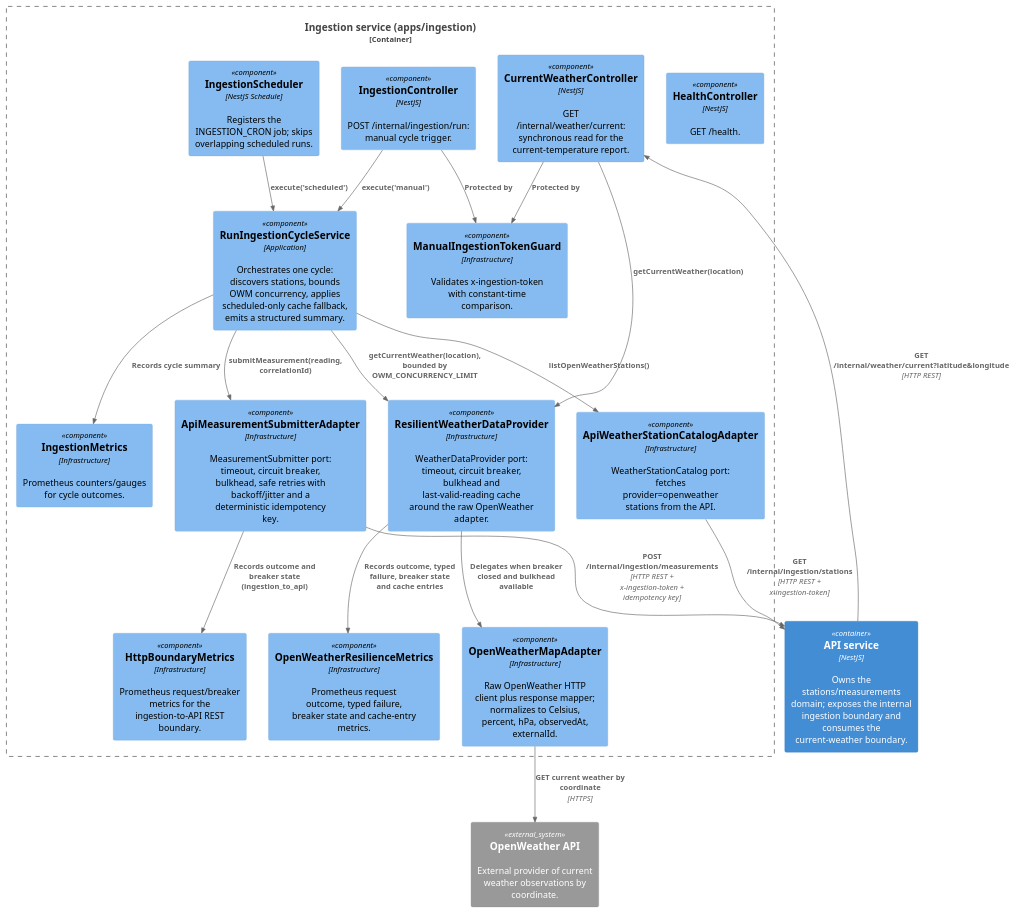
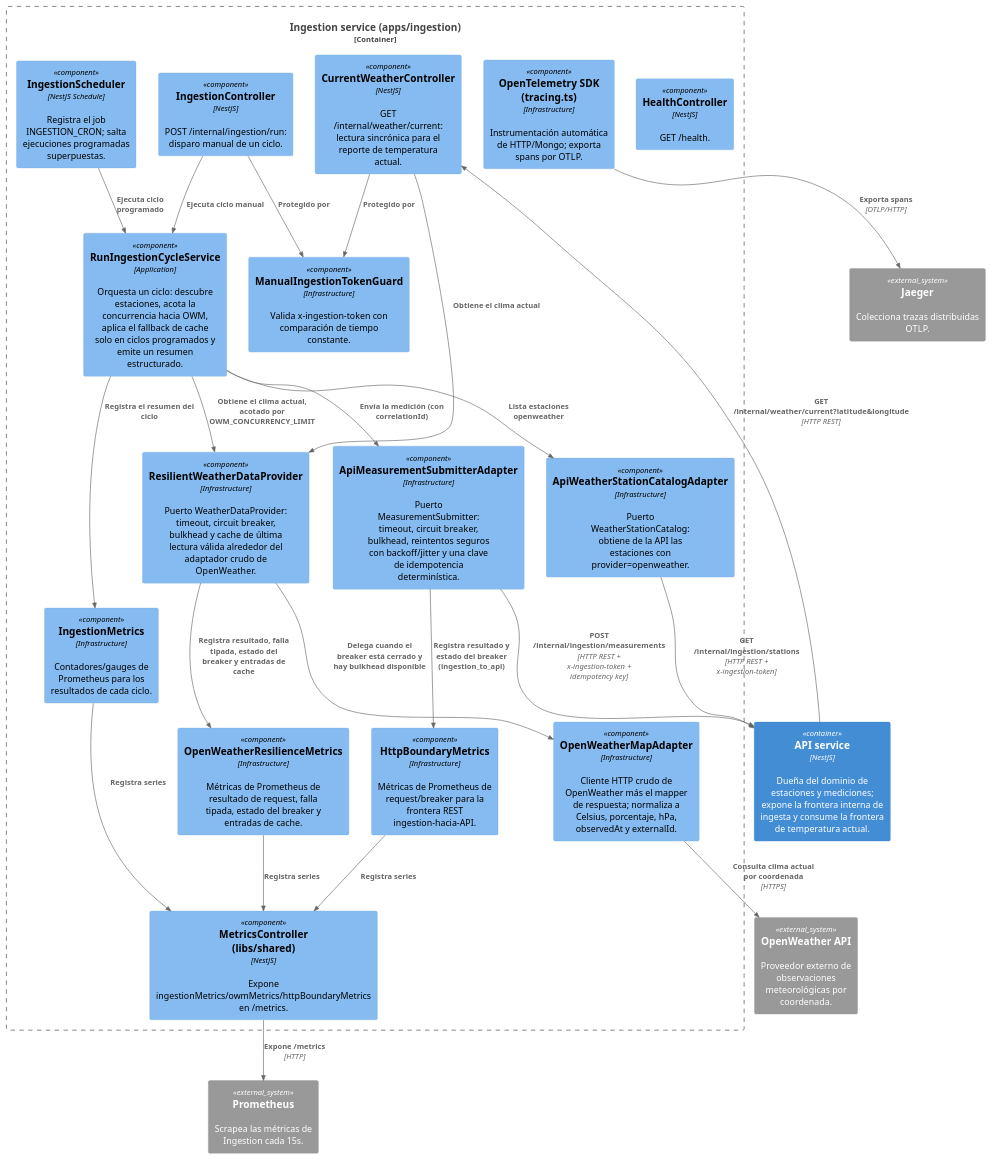
Before and after one commit to LattanzioB/WheaterFlow: the diagram in docs/architecture/c4/c4_level_3_ingestion.plantuml, drawn with PlantUML. The commit also changed 10 other files, not shown here.

Commit message:
feat(architecture): enhance C4 model documentation with detailed component descriptions and relationships

```diff
--- a/docs/architecture/c4/c4_level_3_ingestion.plantuml
+++ b/docs/architecture/c4/c4_level_3_ingestion.plantuml
@@ -1,45 +1,56 @@
 @startuml c4_level_3_ingestion
 !include https://raw.githubusercontent.com/plantuml-stdlib/C4-PlantUML/master/C4_Component.puml
 
 LAYOUT_TOP_DOWN()
 
-System_Ext(openweather, "OpenWeather API", "External provider of current weather observations by coordinate.")
-Container(api, "API service", "NestJS", "Owns the stations/measurements domain; exposes the internal ingestion boundary and consumes the current-weather boundary.")
+System_Ext(openweather, "OpenWeather API", "Proveedor externo de observaciones meteorológicas por coordenada.")
+Container(api, "API service", "NestJS", "Dueña del dominio de estaciones y mediciones; expone la frontera interna de ingesta y consume la frontera de temperatura actual.")
 
 Container_Boundary(ingestion, "Ingestion service (apps/ingestion)") {
   Component(healthController, "HealthController", "NestJS", "GET /health.")
-  Component(ingestionController, "IngestionController", "NestJS", "POST /internal/ingestion/run: manual cycle trigger.")
-  Component(currentWeatherController, "CurrentWeatherController", "NestJS", "GET /internal/weather/current: synchronous read for the current-temperature report.")
-  Component(manualGuard, "ManualIngestionTokenGuard", "Infrastructure", "Validates x-ingestion-token with constant-time comparison.")
-  Component(scheduler, "IngestionScheduler", "NestJS Schedule", "Registers the INGESTION_CRON job; skips overlapping scheduled runs.")
-  Component(cycleService, "RunIngestionCycleService", "Application", "Orchestrates one cycle: discovers stations, bounds OWM concurrency, applies scheduled-only cache fallback, emits a structured summary.")
-  Component(stationCatalogAdapter, "ApiWeatherStationCatalogAdapter", "Infrastructure", "WeatherStationCatalog port: fetches provider=openweather stations from the API.")
-  Component(resilientProvider, "ResilientWeatherDataProvider", "Infrastructure", "WeatherDataProvider port: timeout, circuit breaker, bulkhead and last-valid-reading cache around the raw OpenWeather adapter.")
-  Component(owmAdapter, "OpenWeatherMapAdapter", "Infrastructure", "Raw OpenWeather HTTP client plus response mapper; normalizes to Celsius, percent, hPa, observedAt, externalId.")
-  Component(submitterAdapter, "ApiMeasurementSubmitterAdapter", "Infrastructure", "MeasurementSubmitter port: timeout, circuit breaker, bulkhead, safe retries with backoff/jitter and a deterministic idempotency key.")
-  Component(ingestionMetrics, "IngestionMetrics", "Infrastructure", "Prometheus counters/gauges for cycle outcomes.")
-  Component(owmMetrics, "OpenWeatherResilienceMetrics", "Infrastructure", "Prometheus request outcome, typed failure, breaker state and cache-entry metrics.")
-  Component(httpBoundaryMetrics, "HttpBoundaryMetrics", "Infrastructure", "Prometheus request/breaker metrics for the ingestion-to-API REST boundary.")
+  Component(ingestionController, "IngestionController", "NestJS", "POST /internal/ingestion/run: disparo manual de un ciclo.")
+  Component(currentWeatherController, "CurrentWeatherController", "NestJS", "GET /internal/weather/current: lectura sincrónica para el reporte de temperatura actual.")
+  Component(manualGuard, "ManualIngestionTokenGuard", "Infrastructure", "Valida x-ingestion-token con comparación de tiempo constante.")
+  Component(scheduler, "IngestionScheduler", "NestJS Schedule", "Registra el job INGESTION_CRON; salta ejecuciones programadas superpuestas.")
+  Component(cycleService, "RunIngestionCycleService", "Application", "Orquesta un ciclo: descubre estaciones, acota la concurrencia hacia OWM, aplica el fallback de cache solo en ciclos programados y emite un resumen estructurado.")
+  Component(stationCatalogAdapter, "ApiWeatherStationCatalogAdapter", "Infrastructure", "Puerto WeatherStationCatalog: obtiene de la API las estaciones con provider=openweather.")
+  Component(resilientProvider, "ResilientWeatherDataProvider", "Infrastructure", "Puerto WeatherDataProvider: timeout, circuit breaker, bulkhead y cache de última lectura válida alrededor del adaptador crudo de OpenWeather.")
+  Component(owmAdapter, "OpenWeatherMapAdapter", "Infrastructure", "Cliente HTTP crudo de OpenWeather más el mapper de respuesta; normaliza a Celsius, porcentaje, hPa, observedAt y externalId.")
+  Component(submitterAdapter, "ApiMeasurementSubmitterAdapter", "Infrastructure", "Puerto MeasurementSubmitter: timeout, circuit breaker, bulkhead, reintentos seguros con backoff/jitter y una clave de idempotencia determinística.")
+  Component(ingestionMetrics, "IngestionMetrics", "Infrastructure", "Contadores/gauges de Prometheus para los resultados de cada ciclo.")
+  Component(owmMetrics, "OpenWeatherResilienceMetrics", "Infrastructure", "Métricas de Prometheus de resultado de request, falla tipada, estado del breaker y entradas de cache.")
+  Component(httpBoundaryMetrics, "HttpBoundaryMetrics", "Infrastructure", "Métricas de Prometheus de request/breaker para la frontera REST ingestion-hacia-API.")
+  Component(metricsController, "MetricsController (libs/shared)", "NestJS", "Expone ingestionMetrics/owmMetrics/httpBoundaryMetrics en /metrics.")
+  Component(tracingInstrumentation, "OpenTelemetry SDK (tracing.ts)", "Infrastructure", "Instrumentación automática de HTTP/Mongo; exporta spans por OTLP.")
 }
 
-Rel(scheduler, cycleService, "execute('scheduled')")
-Rel(ingestionController, manualGuard, "Protected by")
-Rel(ingestionController, cycleService, "execute('manual')")
-Rel(currentWeatherController, manualGuard, "Protected by")
+System_Ext(prometheus, "Prometheus", "Scrapea las métricas de Ingestion cada 15s.")
+System_Ext(jaeger, "Jaeger", "Colecciona trazas distribuidas OTLP.")
+
+Rel(scheduler, cycleService, "Ejecuta ciclo programado")
+Rel(ingestionController, manualGuard, "Protegido por")
+Rel(ingestionController, cycleService, "Ejecuta ciclo manual")
+Rel(currentWeatherController, manualGuard, "Protegido por")
 Rel(api, currentWeatherController, "GET /internal/weather/current?latitude&longitude", "HTTP REST")
-Rel(currentWeatherController, resilientProvider, "getCurrentWeather(location)")
+Rel(currentWeatherController, resilientProvider, "Obtiene el clima actual")
 
-Rel(cycleService, stationCatalogAdapter, "listOpenWeatherStations()")
-Rel(cycleService, resilientProvider, "getCurrentWeather(location), bounded by OWM_CONCURRENCY_LIMIT")
-Rel(cycleService, submitterAdapter, "submitMeasurement(reading, correlationId)")
-Rel(cycleService, ingestionMetrics, "Records cycle summary")
+Rel(cycleService, stationCatalogAdapter, "Lista estaciones openweather")
+Rel(cycleService, resilientProvider, "Obtiene el clima actual, acotado por OWM_CONCURRENCY_LIMIT")
+Rel(cycleService, submitterAdapter, "Envía la medición (con correlationId)")
+Rel(cycleService, ingestionMetrics, "Registra el resumen del ciclo")
 
 Rel(stationCatalogAdapter, api, "GET /internal/ingestion/stations", "HTTP REST + x-ingestion-token")
 Rel(submitterAdapter, api, "POST /internal/ingestion/measurements", "HTTP REST + x-ingestion-token + idempotency key")
-Rel(submitterAdapter, httpBoundaryMetrics, "Records outcome and breaker state (ingestion_to_api)")
+Rel(submitterAdapter, httpBoundaryMetrics, "Registra resultado y estado del breaker (ingestion_to_api)")
 
-Rel(resilientProvider, owmAdapter, "Delegates when breaker closed and bulkhead available")
-Rel(resilientProvider, owmMetrics, "Records outcome, typed failure, breaker state and cache entries")
-Rel(owmAdapter, openweather, "GET current weather by coordinate", "HTTPS")
+Rel(resilientProvider, owmAdapter, "Delega cuando el breaker está cerrado y hay bulkhead disponible")
+Rel(resilientProvider, owmMetrics, "Registra resultado, falla tipada, estado del breaker y entradas de cache")
+Rel(owmAdapter, openweather, "Consulta clima actual por coordenada", "HTTPS")
+
+Rel(ingestionMetrics, metricsController, "Registra series")
+Rel(owmMetrics, metricsController, "Registra series")
+Rel(httpBoundaryMetrics, metricsController, "Registra series")
+Rel(metricsController, prometheus, "Expone /metrics", "HTTP")
+Rel(tracingInstrumentation, jaeger, "Exporta spans", "OTLP/HTTP")
 
 @enduml
```
